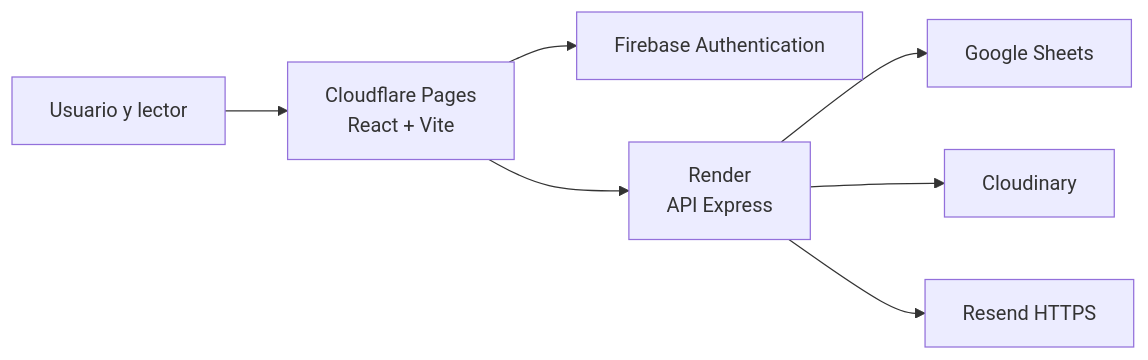
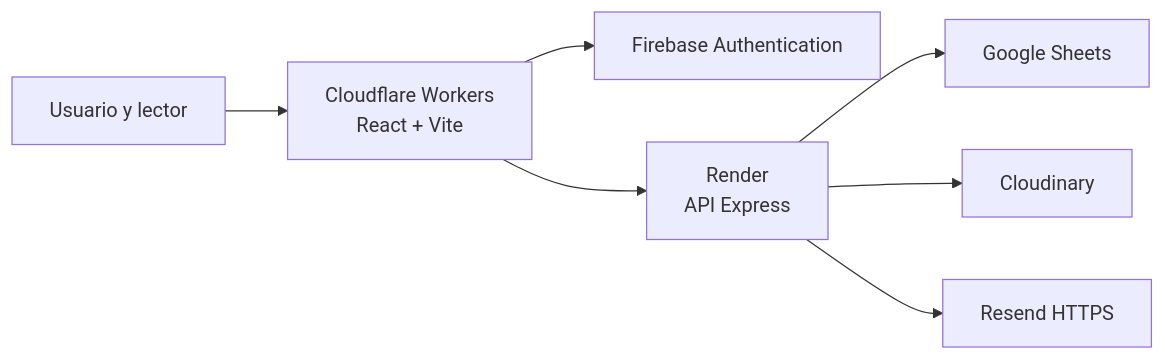
The diagram in docs/DESPLIEGUE_CLOUDFLARE_RENDER.md (mauropilo/Iglesia_App_FullStack_2026_Cloudflare_Render), drawn with Mermaid before and after one commit. The commit also changed other lines of this file and 4 other files, not shown here.

Commit message:
Corregir despliegue Cloudflare Workers

````diff
--- a/docs/DESPLIEGUE_CLOUDFLARE_RENDER.md
+++ b/docs/DESPLIEGUE_CLOUDFLARE_RENDER.md
@@ -10,9 +10,9 @@
 ```mermaid
 flowchart LR
-    U["Usuario y lector"] --> CF["Cloudflare Pages<br/>React + Vite"]
+    U["Usuario y lector"] --> CF["Cloudflare Workers<br/>React + Vite"]
     CF --> FA["Firebase Authentication"]
     CF --> R["Render<br/>API Express"]
     R --> GS["Google Sheets"]
     R --> CL["Cloudinary"]
     R --> RE["Resend HTTPS"]
 ```
````
